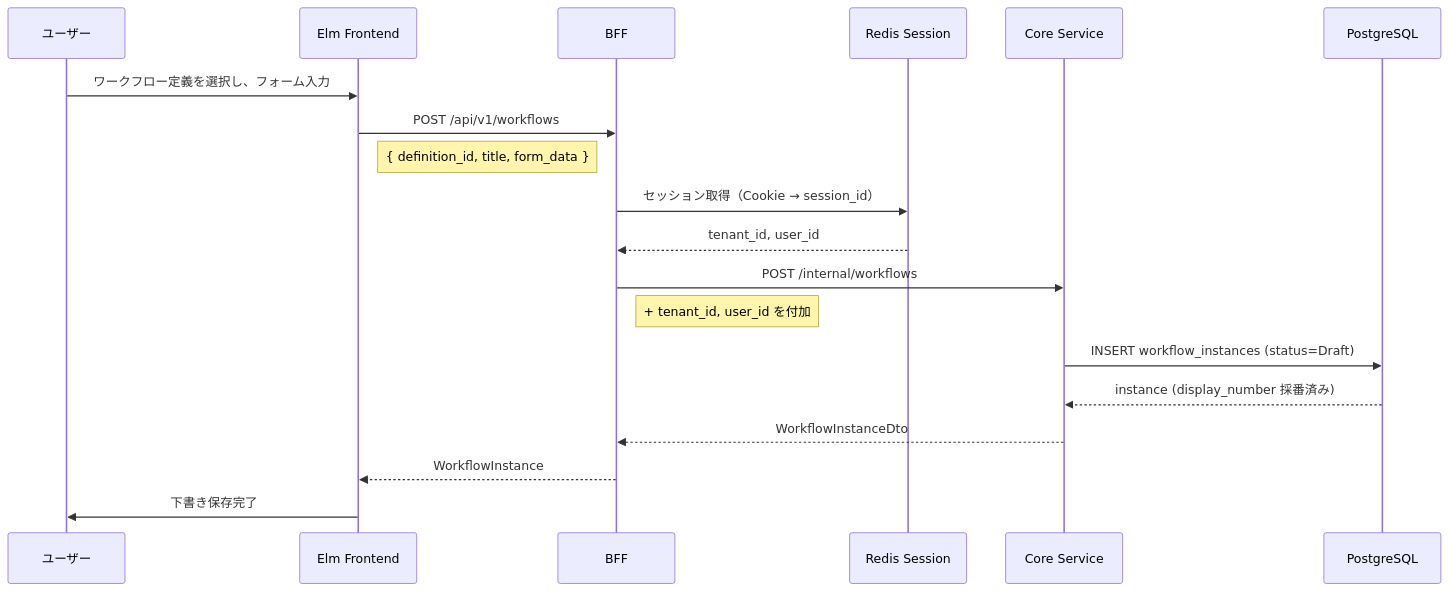
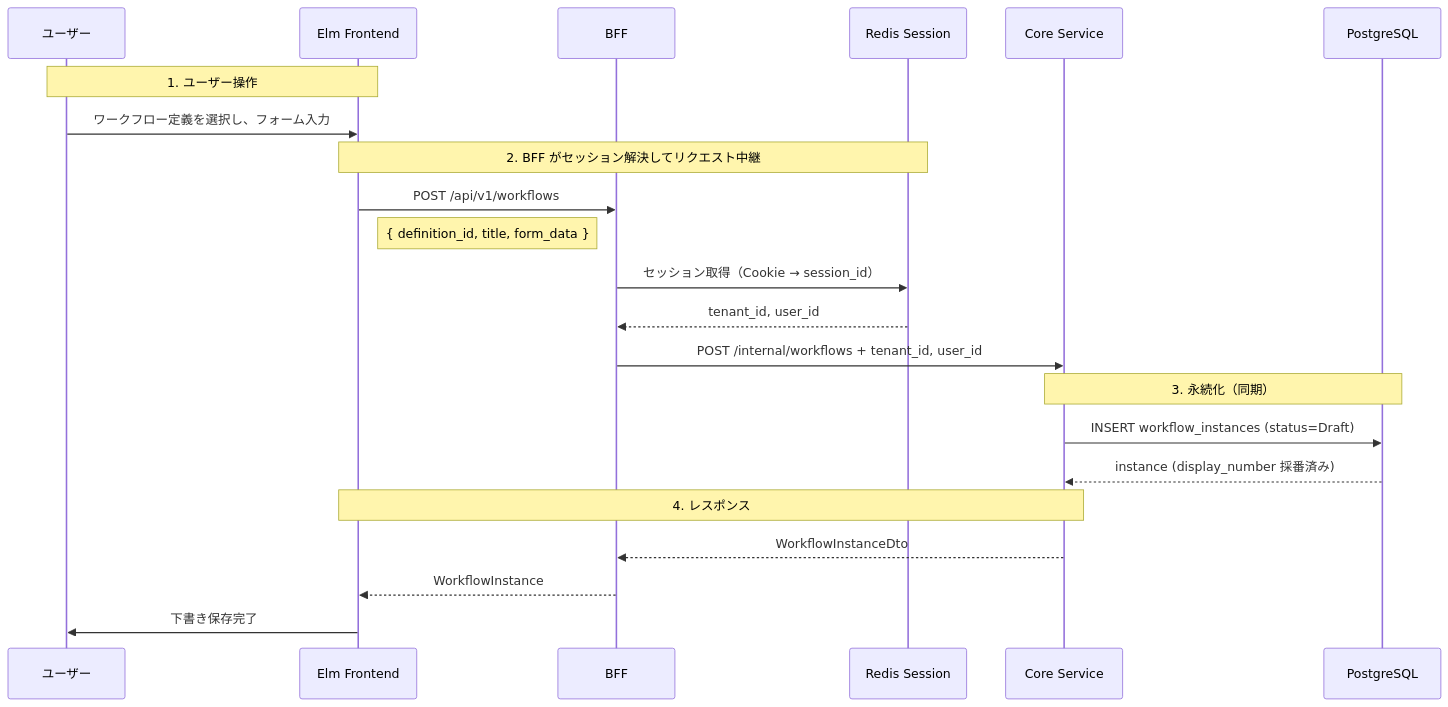
The first of 3 diagrams in docs/90_実装解説/ワークフロー/01_申請フロー.md (ka2kama/ringiflow), drawn with Mermaid before and after one commit. The commit also changed other lines of this file and 2 other files, not shown here.

First line of the commit message:
#1128 Add numbered blocks and sync/async distinction to diagrams

````diff
--- a/docs/90_実装解説/ワークフロー/01_申請フロー.md
+++ b/docs/90_実装解説/ワークフロー/01_申請フロー.md
@@ -14,22 +14,28 @@
 ```mermaid
 sequenceDiagram
     participant U as ユーザー
     participant Elm as Elm Frontend
     participant BFF as BFF
     participant Redis as Redis Session
     participant Core as Core Service
     participant DB as PostgreSQL
 
+    Note over U, Elm: 1. ユーザー操作
     U->>Elm: ワークフロー定義を選択し、フォーム入力
+
+    Note over Elm, Redis: 2. BFF がセッション解決してリクエスト中継
     Elm->>BFF: POST /api/v1/workflows
     Note right of Elm: { definition_id, title, form_data }
     BFF->>Redis: セッション取得（Cookie → session_id）
     Redis-->>BFF: tenant_id, user_id
-    BFF->>Core: POST /internal/workflows
-    Note right of BFF: + tenant_id, user_id を付加
+    BFF->>Core: POST /internal/workflows + tenant_id, user_id
+
+    Note over Core, DB: 3. 永続化（同期）
     Core->>DB: INSERT workflow_instances (status=Draft)
     DB-->>Core: instance (display_number 採番済み)
+
+    Note over Core, Elm: 4. レスポンス
     Core-->>BFF: WorkflowInstanceDto
     BFF-->>Elm: WorkflowInstance
     Elm->>U: 下書き保存完了
 ```
````
